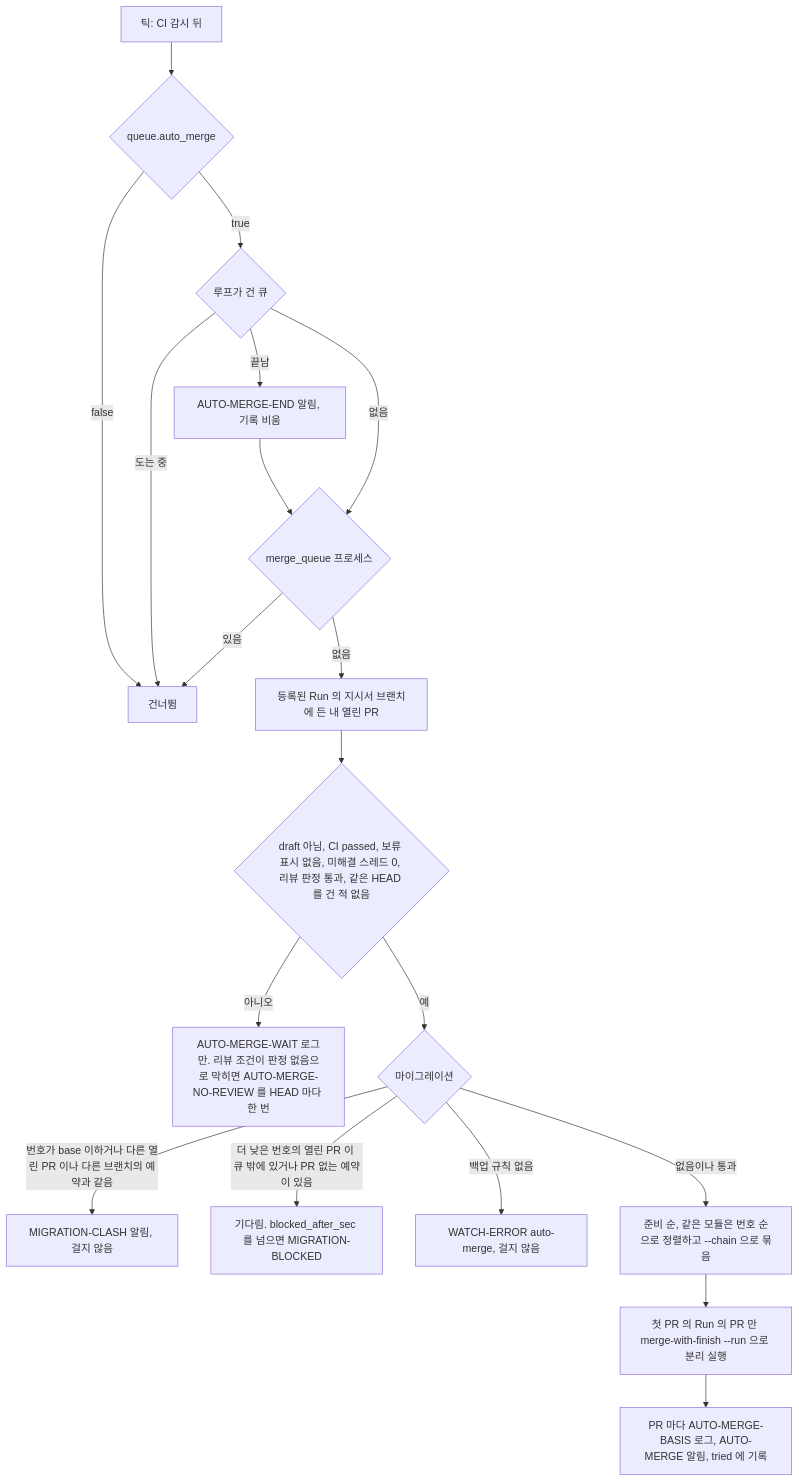
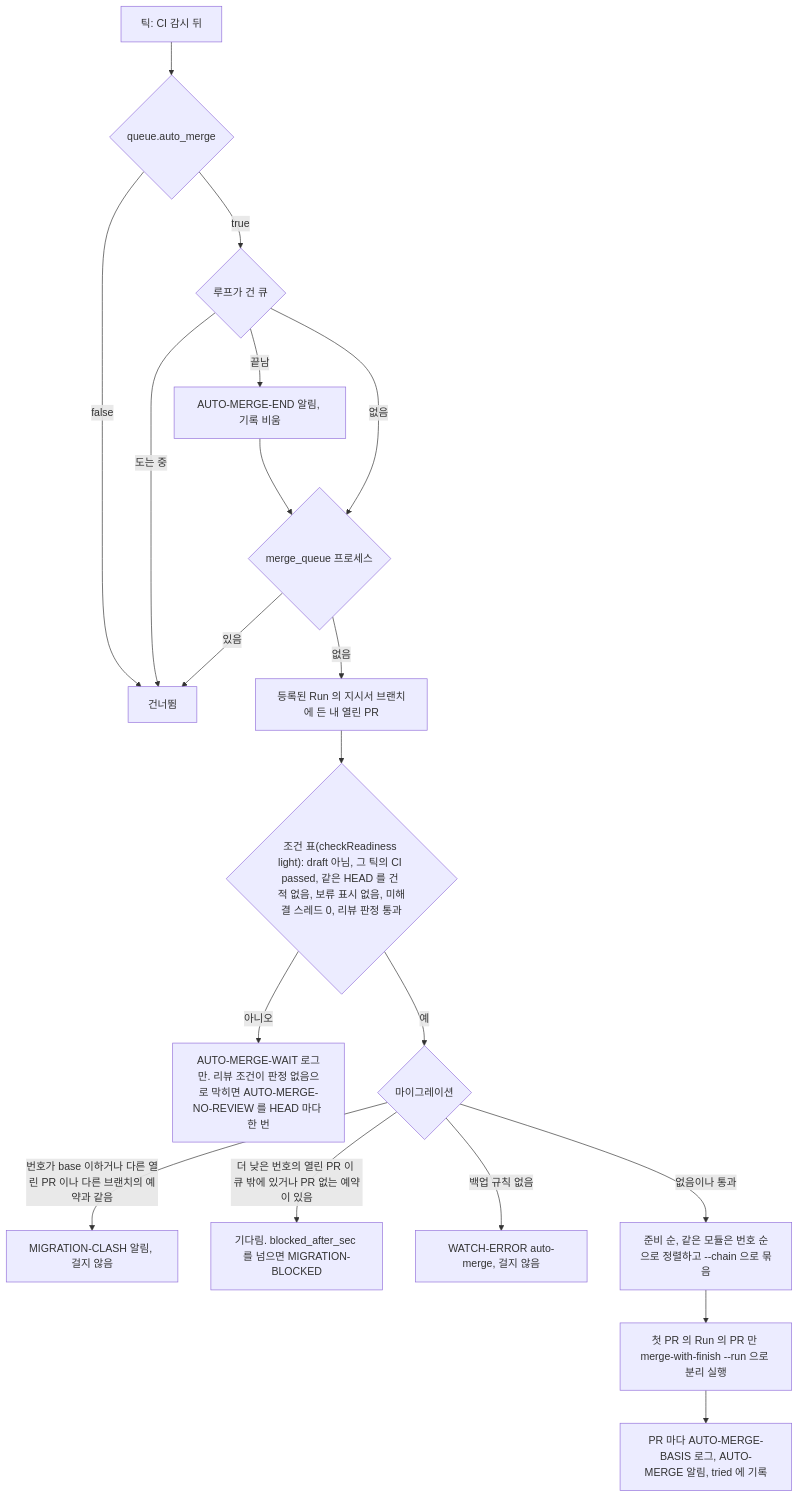
Before and after one commit to jon890/fos-skills: the seventh of 8 diagrams in docs/flow.md, drawn with Mermaid. The commit also changed other lines of this file and 3 other files, not shown here.

````diff
--- a/docs/flow.md
+++ b/docs/flow.md
@@ -410,21 +410,21 @@
 ```mermaid
 flowchart TD
     T[틱: CI 감시 뒤] --> E{queue.auto_merge}
     E -->|false| X[건너뜀]
     E -->|true| Q{루프가 건 큐}
     Q -->|끝남| END[AUTO-MERGE-END 알림, 기록 비움]
     Q -->|도는 중| X
     END --> P
     Q -->|없음| P{merge_queue 프로세스}
     P -->|있음| X
     P -->|없음| C[등록된 Run 의 지시서 브랜치에 든 내 열린 PR]
-    C --> R{draft 아님, CI passed, 보류 표시 없음, 미해결 스레드 0, 리뷰 판정 통과, 같은 HEAD 를 건 적 없음}
+    C --> R{"조건 표(checkReadiness light): draft 아님, 그 틱의 CI passed, 같은 HEAD 를 건 적 없음, 보류 표시 없음, 미해결 스레드 0, 리뷰 판정 통과"}
     R -->|아니오| W[AUTO-MERGE-WAIT 로그만. 리뷰 조건이 판정 없음으로 막히면 AUTO-MERGE-NO-REVIEW 를 HEAD 마다 한 번]
     R -->|예| M{마이그레이션}
     M -->|번호가 base 이하거나 다른 열린 PR 이나 다른 브랜치의 예약과 같음| CL[MIGRATION-CLASH 알림, 걸지 않음]
     M -->|더 낮은 번호의 열린 PR 이 큐 밖에 있거나 PR 없는 예약이 있음| B[기다림. blocked_after_sec 를 넘으면 MIGRATION-BLOCKED]
     M -->|백업 규칙 없음| WE[WATCH-ERROR auto-merge, 걸지 않음]
     M -->|없음이나 통과| O[준비 순, 같은 모듈은 번호 순으로 정렬하고 --chain 으로 묶음]
     O --> L[첫 PR 의 Run 의 PR 만 merge-with-finish --run 으로 분리 실행]
     L --> A[PR 마다 AUTO-MERGE-BASIS 로그, AUTO-MERGE 알림, tried 에 기록]
 ```
````
